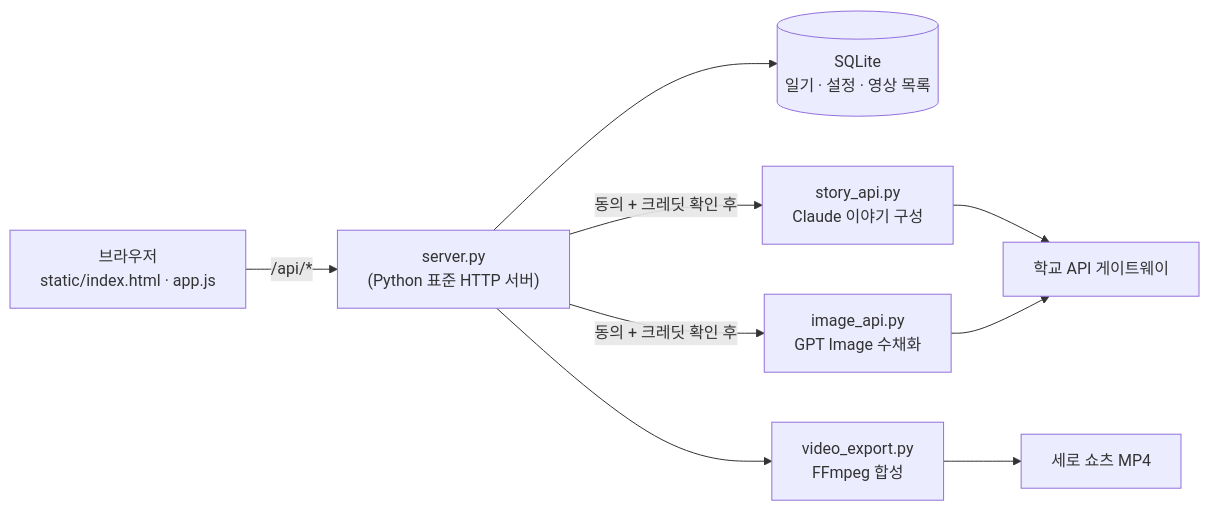
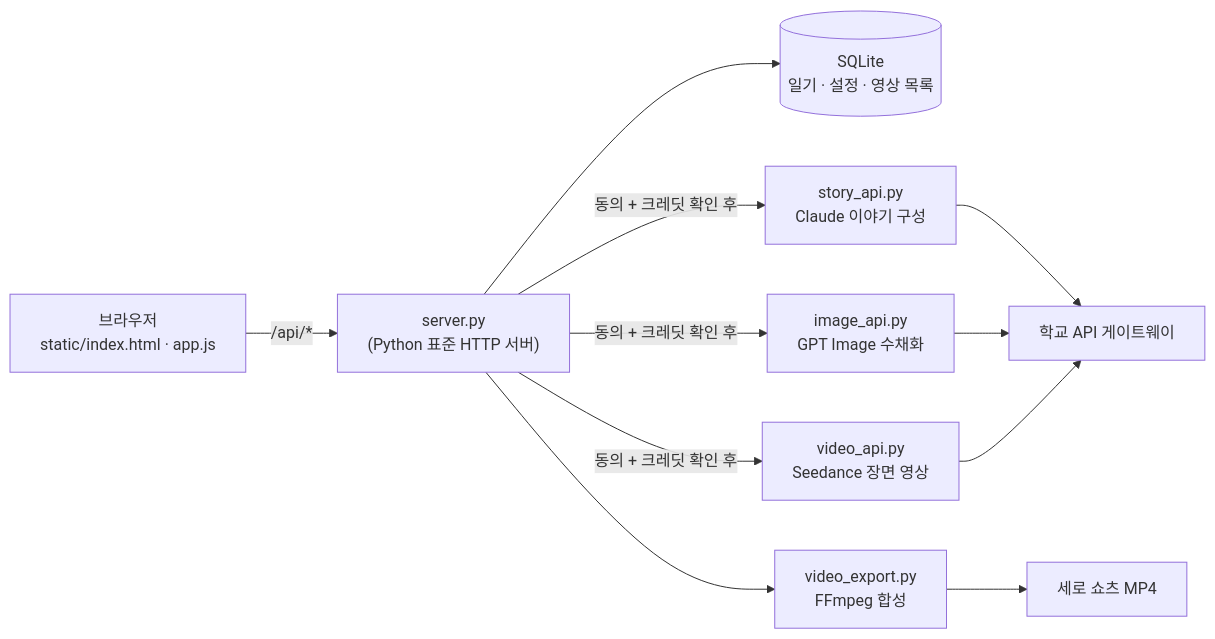
The diagram in README.md (kiwisoop/same-day-diary), drawn with Mermaid before and after one commit. The commit also changed other lines of this file and 39 other files, not shown here.

````diff
--- a/README.md
+++ b/README.md
@@ -124,11 +128,13 @@
 ```mermaid
 flowchart LR
   B["브라우저<br/>static/index.html · app.js"] -- "/api/*" --> S["server.py<br/>(Python 표준 HTTP 서버)"]
   S --> DB[("SQLite<br/>일기 · 설정 · 영상 목록")]
   S -- "동의 + 크레딧 확인 후" --> STORY["story_api.py<br/>Claude 이야기 구성"]
   S -- "동의 + 크레딧 확인 후" --> IMG["image_api.py<br/>GPT Image 수채화"]
+  S -- "동의 + 크레딧 확인 후" --> CLIP["video_api.py<br/>Seedance 장면 영상"]
   STORY --> GW["학교 API 게이트웨이"]
   IMG --> GW
+  CLIP --> GW
   S --> V["video_export.py<br/>FFmpeg 합성"]
   V --> MP4["세로 쇼츠 MP4"]
 ```
````
